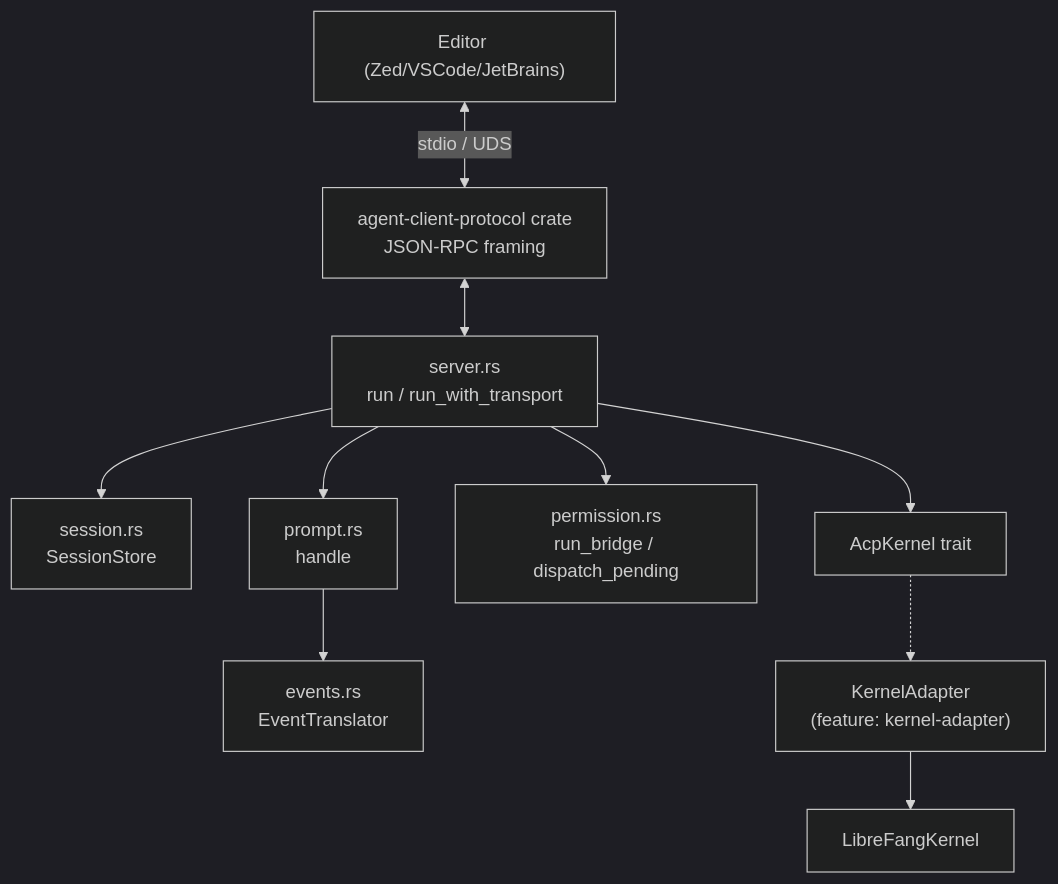
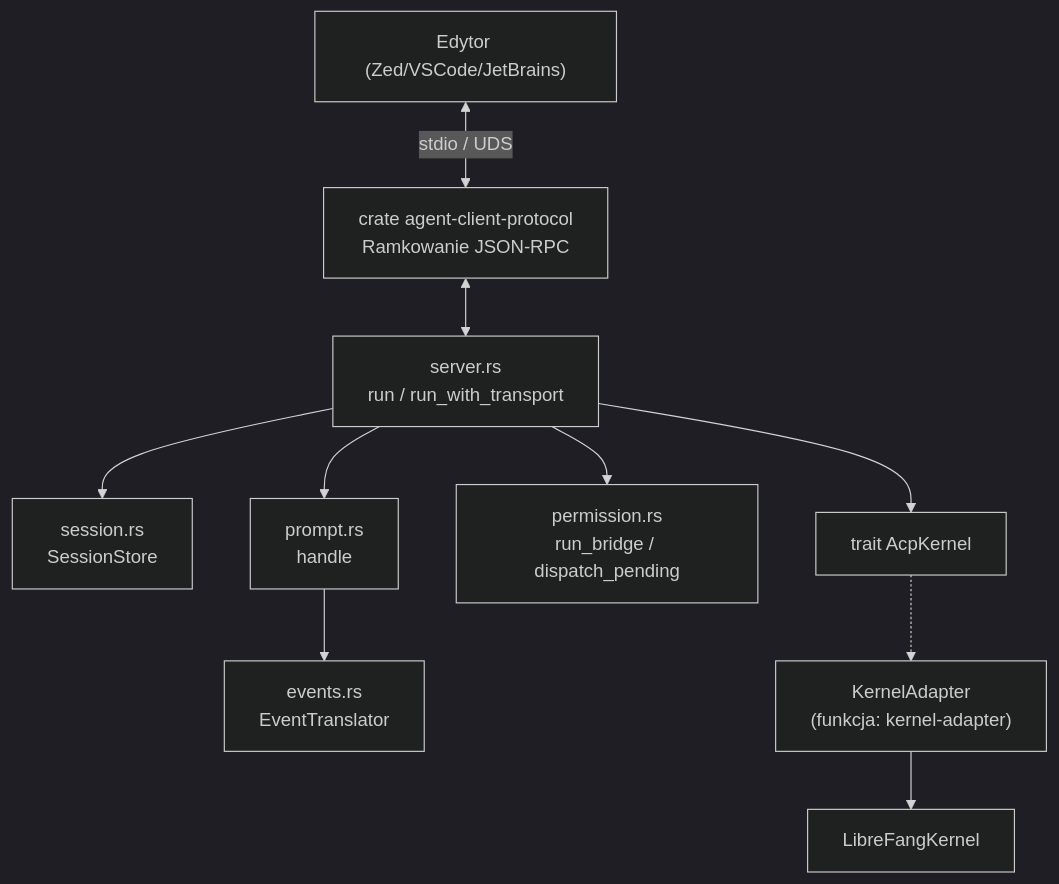
Before and after one commit to leszek3737/librefang-WIki: the first of 2 diagrams in crates-librefang-acp.md, drawn with Mermaid (dark theme). The commit also changed other lines of this file and 104 other files, not shown here.

````diff
--- a/crates-librefang-acp.md
+++ b/crates-librefang-acp.md
@@ -21,23 +21,23 @@
 ```mermaid
 graph TD
-    Editor["Editor (Zed/VSCode/JetBrains)"]
-    ACP["agent-client-protocol crate<br/>JSON-RPC framing"]
+    Editor["Edytor (Zed/VSCode/JetBrains)"]
+    ACP["crate agent-client-protocol<br/>Ramkowanie JSON-RPC"]
     Server["server.rs<br/>run / run_with_transport"]
     Session["session.rs<br/>SessionStore"]
     Prompt["prompt.rs<br/>handle"]
     Events["events.rs<br/>EventTranslator"]
     Perm["permission.rs<br/>run_bridge / dispatch_pending"]
-    Kernel["AcpKernel trait"]
-    KA["KernelAdapter<br/>(feature: kernel-adapter)"]
+    Kernel["trait AcpKernel"]
+    KA["KernelAdapter<br/>(funkcja: kernel-adapter)"]
     LF["LibreFangKernel"]
 
     Editor <-->|stdio / UDS| ACP
     ACP <--> Server
     Server --> Session
     Server --> Prompt
     Server --> Perm
     Prompt --> Events
     Server --> Kernel
     Kernel -.-> KA
     KA --> LF
 ```
````
